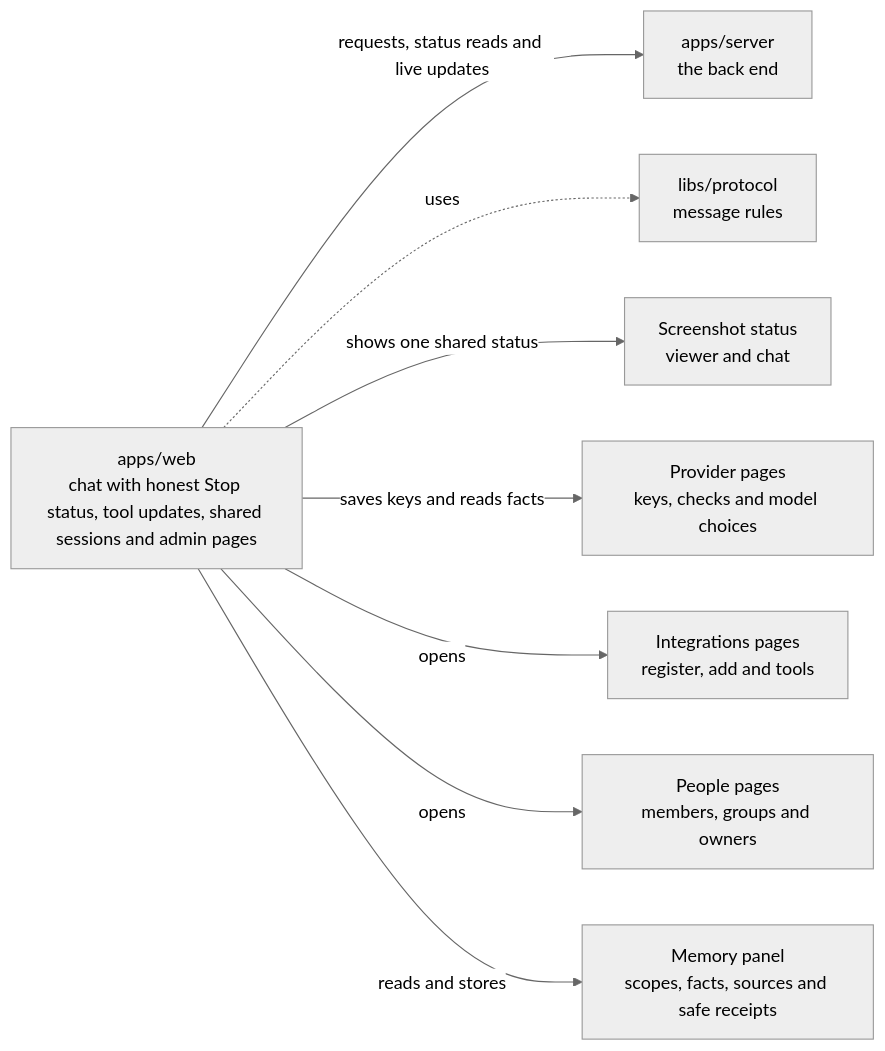
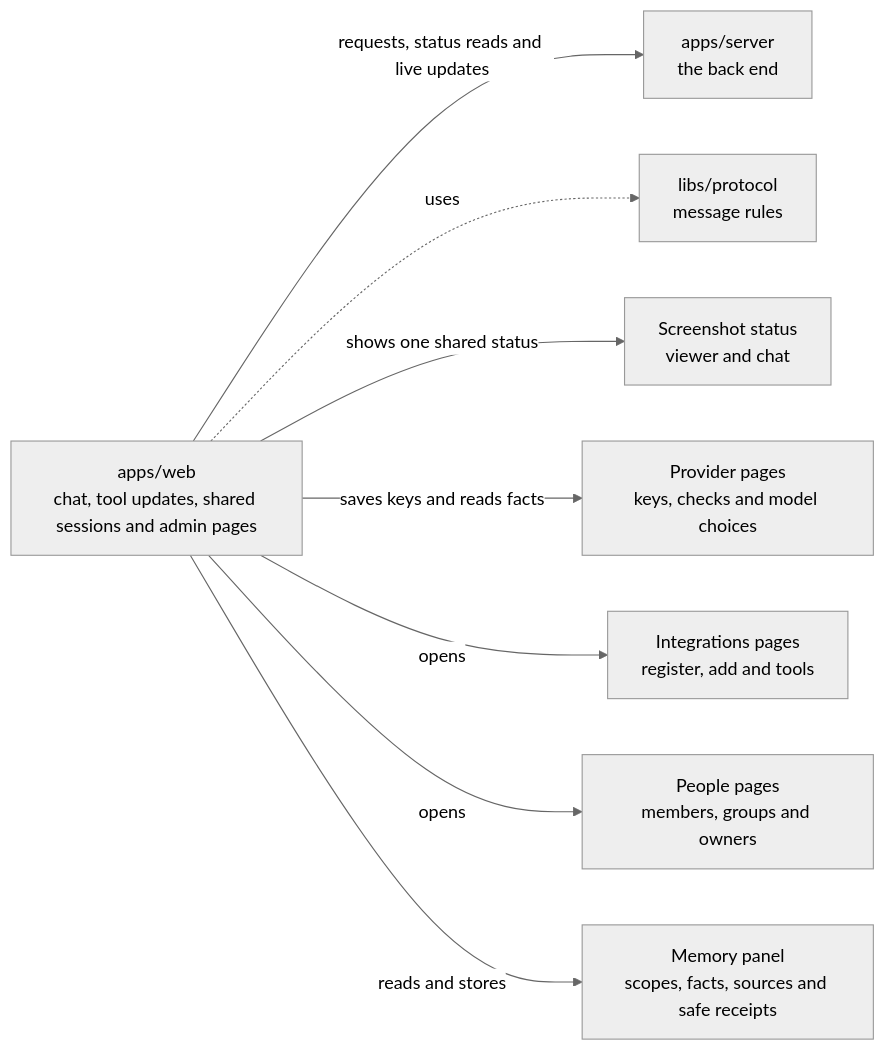
One commit to elewa-git/opencrane-new changed the diagram in apps/web/README.md. Above: the diagram before and after it, drawn with Mermaid (neutral theme). The commit also changed other lines of this file and 24 other files, not shown here.

````diff
--- a/apps/web/README.md
+++ b/apps/web/README.md
@@ -11,10 +11,10 @@
 ```mermaid
 flowchart LR
-  web["apps/web<br/>chat with honest Stop status, tool updates, shared sessions and admin pages"] -->|requests, status reads and live updates| server["apps/server<br/>the back end"]
+  web["apps/web<br/>chat, tool updates, shared sessions and admin pages"] -->|requests, status reads and live updates| server["apps/server<br/>the back end"]
   web -.->|uses| protocol["libs/protocol<br/>message rules"]
   web -->|shows one shared status| capture["Screenshot status<br/>viewer and chat"]
   web -->|saves keys and reads facts| providers["Provider pages<br/>keys, checks and model choices"]
   web -->|opens| integrations["Integrations pages<br/>register, add and tools"]
   web -->|opens| people["People pages<br/>members, groups and owners"]
   web -->|reads and stores| memory["Memory panel<br/>scopes, facts, sources and safe receipts"]
 ```
````
